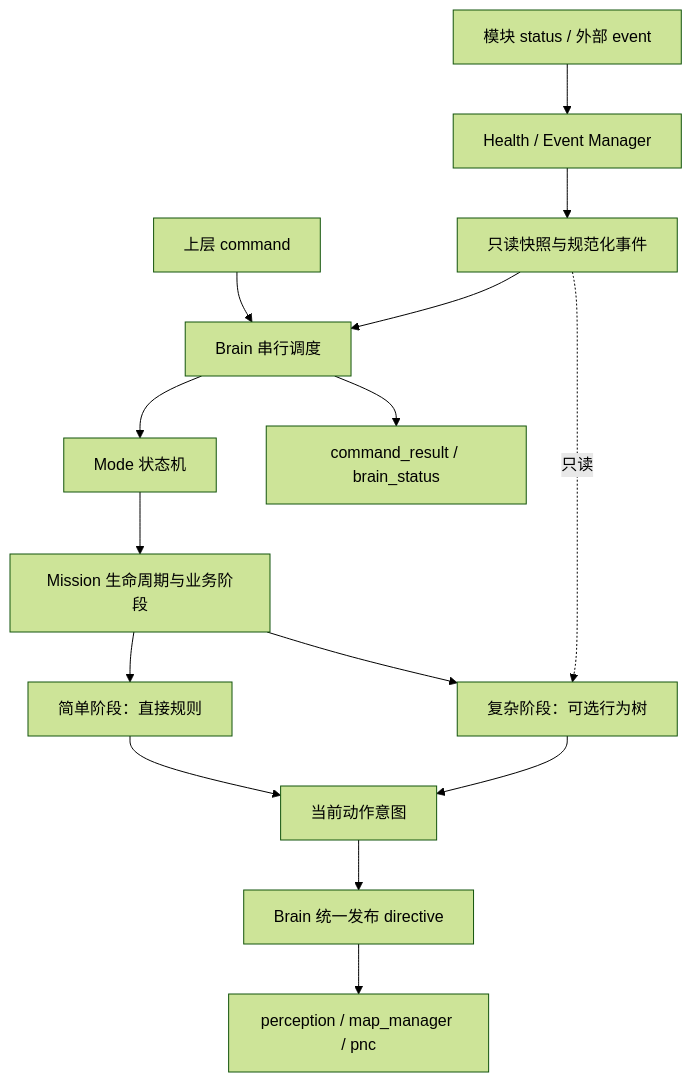
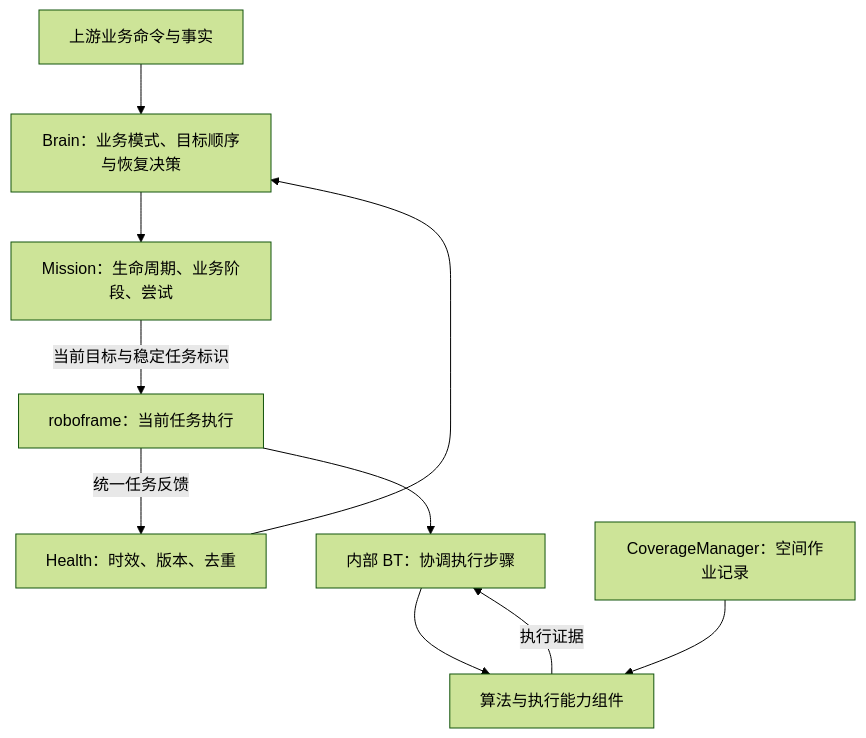
The diagram in brain/DESIGN.md (PU-UP/robotic-mower), drawn with Mermaid (forest theme) before and after one commit. The commit also changed other lines of this file and 38 other files, not shown here.

First line of the commit message:
refactor: align Brain with the single roboframe task boundary

````diff
--- a/brain/DESIGN.md
+++ b/brain/DESIGN.md
@@ -9,17 +7,12 @@
 ```mermaid
 flowchart TB
-    S[模块 status / 外部 event] --> H[Health / Event Manager]
-    H --> F[只读快照与规范化事件]
-    C[上层 command] --> B[Brain 串行调度]
-    F --> B
-    B --> M[Mode 状态机]
-    M --> N[Mission 生命周期与业务阶段]
-    N --> L[简单阶段：直接规则]
-    N --> T[复杂阶段：可选行为树]
-    F -.只读.-> T
-    L --> D[当前动作意图]
-    T --> D
-    D --> P[Brain 统一发布 directive]
-    P --> A[perception / map_manager / pnc]
-    B --> O[command_result / brain_status]
+    U[上游业务命令与事实] --> B[Brain：业务模式、目标顺序与恢复决策]
+    R[roboframe：当前任务执行] -->|统一任务反馈| H[Health：时效、版本、去重]
+    H --> B
+    B --> M[Mission：生命周期、业务阶段、尝试]
+    M -->|当前目标与稳定任务标识| R
+    R --> BT[内部 BT：协调执行步骤]
+    BT --> A[算法与执行能力组件]
+    A -->|执行证据| BT
+    C[CoverageManager：空间作业记录] --> A
 ```
````
